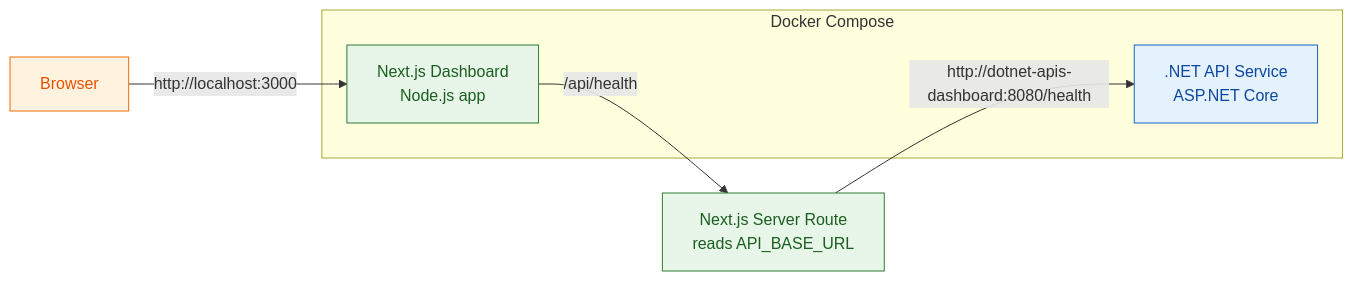
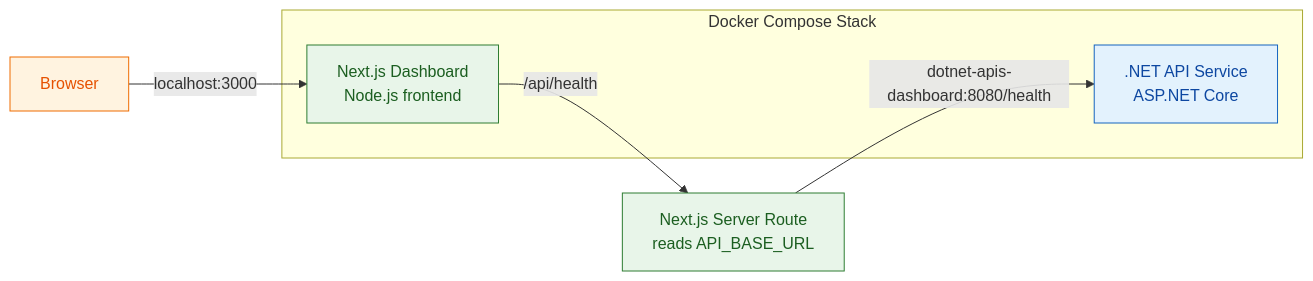
Before and after one commit to vermavarun/_TheApplication: the diagram in README.md, drawn with Mermaid. The commit also changed other lines of this file and 1 other file, not shown here.

Commit message:
feat: update architecture diagram in README and remove separate diagram file

````diff
--- a/README.md
+++ b/README.md
@@ -5,20 +7,20 @@
 ```mermaid
 flowchart LR
-    User[Browser] -->|http://localhost:3000| NextJS[Next.js Dashboard\nNode.js app]
-    NextJS -->|/api/health| NodeAPI[Next.js Server Route\nreads API_BASE_URL]
-    NodeAPI -->|http://dotnet-apis-dashboard:8080/health| DotnetAPI[.NET API Service\nASP.NET Core]
+    User[Browser] -->|localhost:3000| Dashboard[Next.js Dashboard\nNode.js frontend]
+    Dashboard -->|/api/health| NodeRoute[Next.js Server Route\nreads API_BASE_URL]
+    NodeRoute -->|dotnet-apis-dashboard:8080/health| ApiService[.NET API Service\nASP.NET Core]
 
-    subgraph LocalCompose[Docker Compose]
-        NextJS
-        DotnetAPI
+    subgraph Compose[Docker Compose Stack]
+        Dashboard
+        ApiService
     end
 
-    classDef app fill:#e8f5e9,stroke:#2e7d32,color:#1b5e20,stroke-width:1px;
-    classDef api fill:#e3f2fd,stroke:#1565c0,color:#0d47a1,stroke-width:1px;
+    classDef frontend fill:#e8f5e9,stroke:#2e7d32,color:#1b5e20,stroke-width:1px;
+    classDef server fill:#e3f2fd,stroke:#1565c0,color:#0d47a1,stroke-width:1px;
     classDef user fill:#fff3e0,stroke:#ef6c00,color:#e65100,stroke-width:1px;
 
     class User user;
-    class NextJS app;
-    class NodeAPI app;
-    class DotnetAPI api;
+    class Dashboard frontend;
+    class NodeRoute frontend;
+    class ApiService server;
 ```
````
